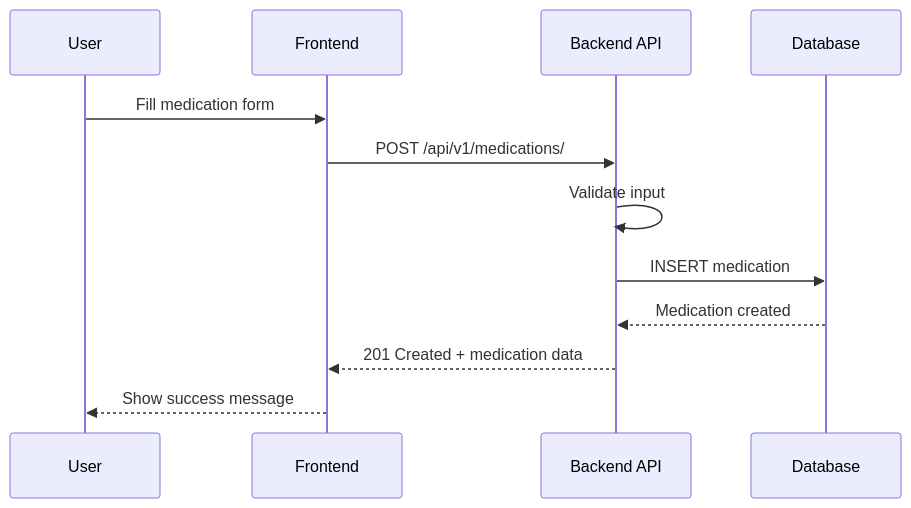
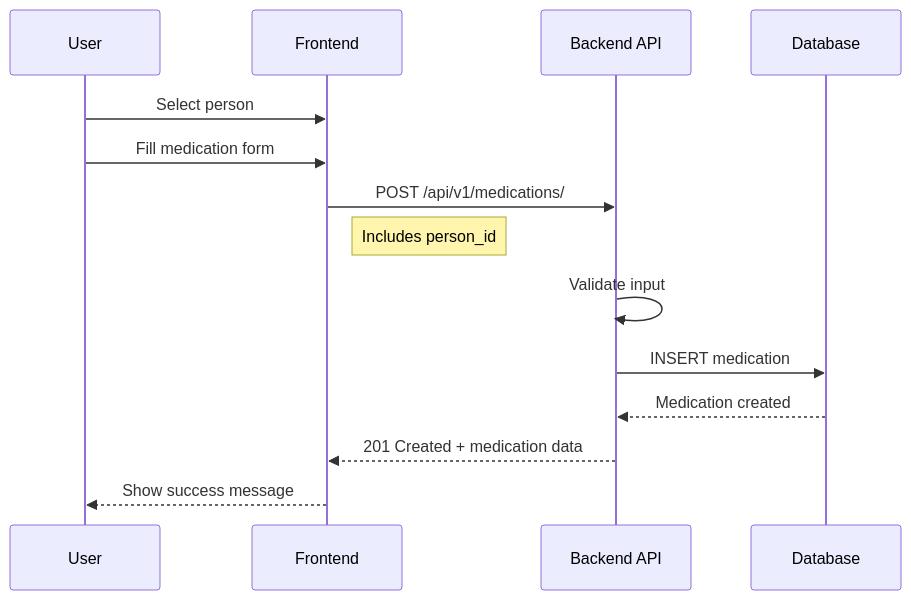
The sixth of 9 diagrams in docs/ARCHITECTURE.md (sjafferali/meditrack), drawn with Mermaid before and after one commit. The commit also changed other lines of this file and 5 other files, not shown here.

````diff
--- a/docs/ARCHITECTURE.md
+++ b/docs/ARCHITECTURE.md
@@ -148,15 +163,17 @@
 ```mermaid
 sequenceDiagram
     participant U as User
     participant F as Frontend
     participant B as Backend API
     participant D as Database
     
+    U->>F: Select person
     U->>F: Fill medication form
     F->>B: POST /api/v1/medications/
+    Note right of F: Includes person_id
     B->>B: Validate input
     B->>D: INSERT medication
     D-->>B: Medication created
     B-->>F: 201 Created + medication data
     F-->>U: Show success message
 ```
````
